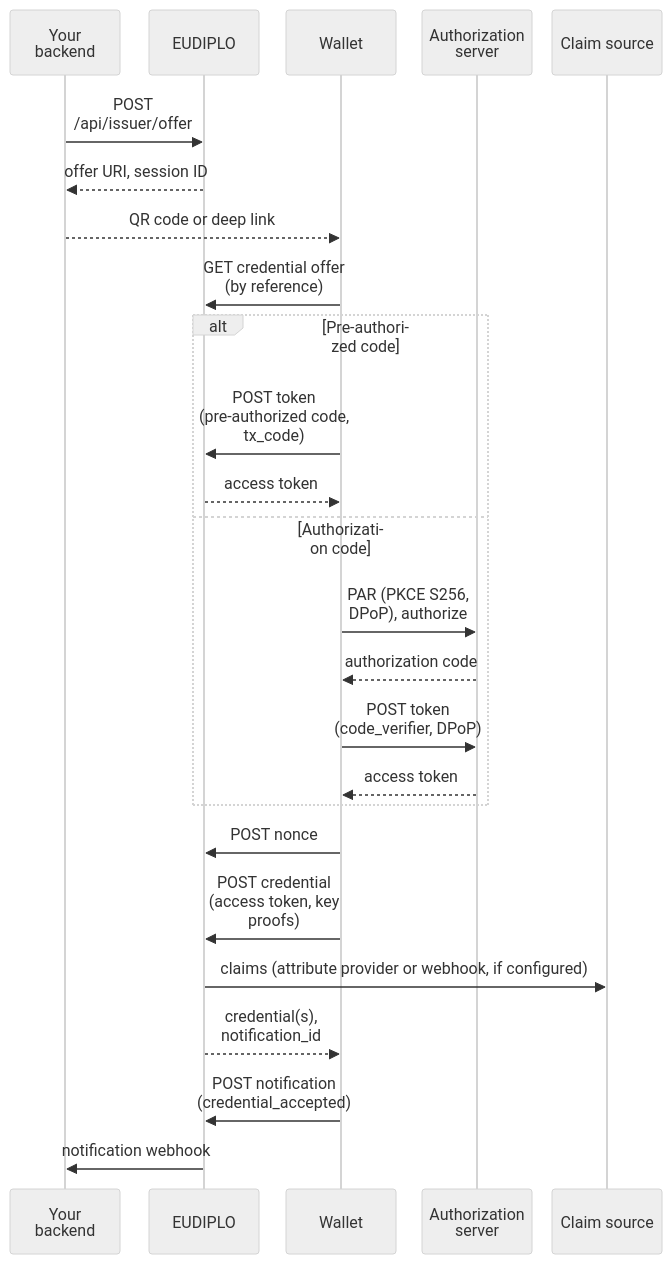
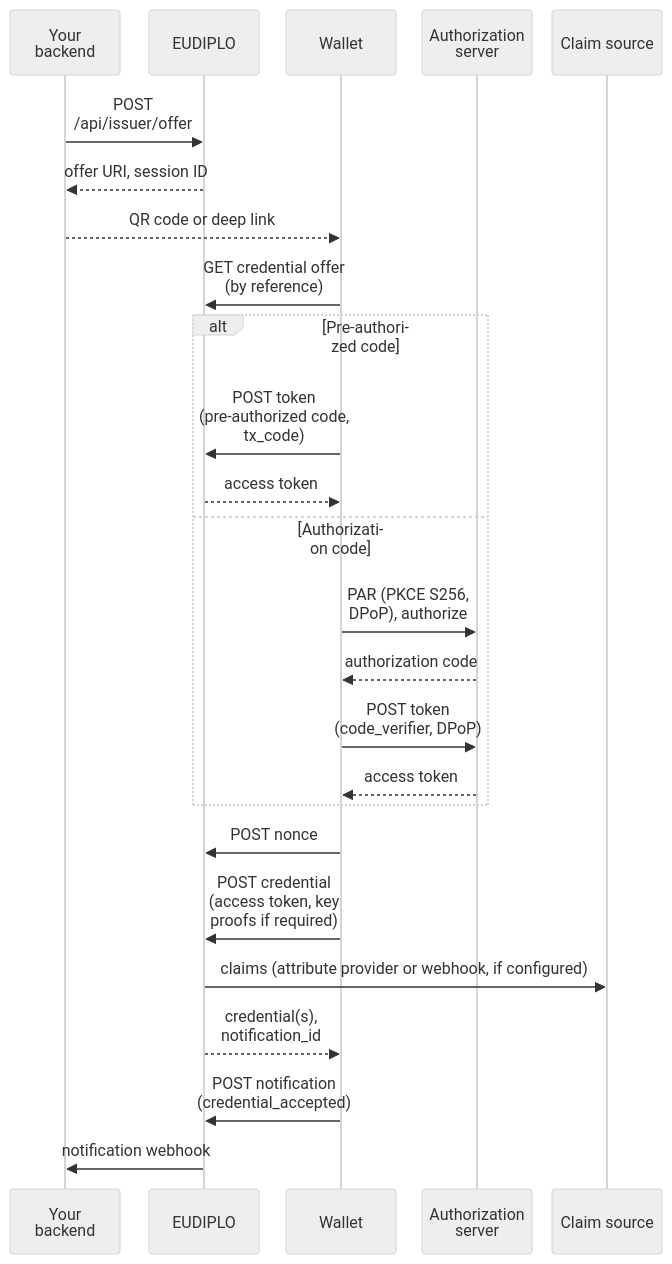
One commit to EUDIPLO/eudiplo changed the first of 3 diagrams in apps/docs/docs/concepts/issuance.md. Above: the diagram before and after it, drawn with Mermaid (neutral theme). The commit also changed other lines of this file and 37 other files, not shown here.

````diff
--- a/apps/docs/docs/concepts/issuance.md
+++ b/apps/docs/docs/concepts/issuance.md
@@ -12,35 +12,35 @@
 ```mermaid
 ---
 config:
   sequence:
     wrap: true
     width: 110
     actorMargin: 20
 ---
 sequenceDiagram
     participant BE as Your backend
     participant E as EUDIPLO
     participant W as Wallet
     participant AS as Authorization server
     participant CS as Claim source
 
     BE->>E: POST /api/issuer/offer
     E-->>BE: offer URI, session ID
     BE-->>W: QR code or deep link
     W->>E: GET credential offer (by reference)
     alt Pre-authorized code
         W->>E: POST token (pre-authorized code, tx_code)
         E-->>W: access token
     else Authorization code
         W->>AS: PAR (PKCE S256, DPoP), authorize
         AS-->>W: authorization code
         W->>AS: POST token (code_verifier, DPoP)
         AS-->>W: access token
     end
     W->>E: POST nonce
-    W->>E: POST credential (access token, key proofs)
+    W->>E: POST credential (access token, key proofs if required)
     E->>CS: claims (attribute provider or webhook, if configured)
     E-->>W: credential(s), notification_id
     W->>E: POST notification (credential_accepted)
     E->>BE: notification webhook
 ```
````
